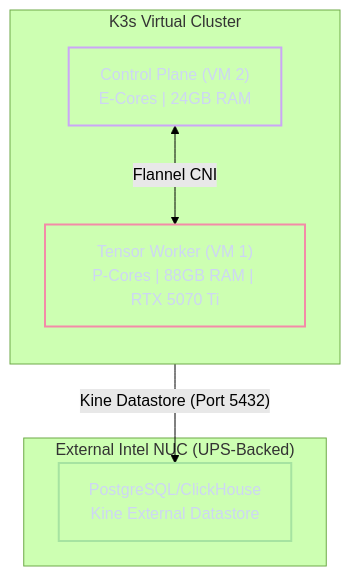
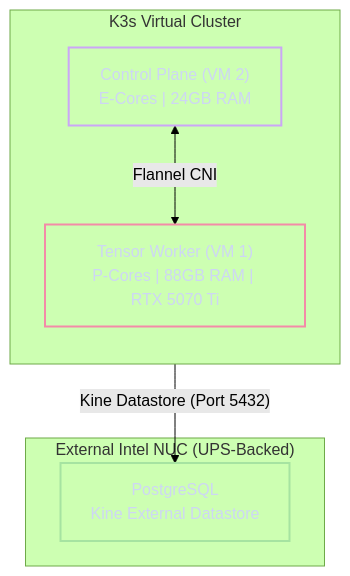
One commit to foersben/janus-synapse-edge changed the diagram in docs/04. Virtualization & Kubernetes (Talos + K3s).md. Above: the diagram before and after it, drawn with Mermaid (forest theme). The commit also changed other lines of this file and 9 other files, not shown here.

````diff
--- a/docs/04. Virtualization & Kubernetes (Talos + K3s).md
+++ b/docs/04. Virtualization & Kubernetes (Talos + K3s).md
@@ -88,21 +88,21 @@
 ```mermaid
 flowchart TD
     %% Kubernetes Cluster Topology
     classDef control fill:transparent,stroke:#cba6f7,stroke-width:2px,color:#cdd6f4
     classDef tensor fill:transparent,stroke:#f38ba8,stroke-width:2px,color:#cdd6f4
     classDef ext fill:transparent,stroke:#a6e3a1,stroke-width:2px,color:#cdd6f4
 
     subgraph K3s_Cluster["K3s Virtual Cluster"]
         direction TB
         CP["Control Plane (VM 2)<br/>E-Cores | 24GB RAM"]:::control
         Worker["Tensor Worker (VM 1)<br/>P-Cores | 88GB RAM | RTX 5070 Ti"]:::tensor
 
         CP <-->|"Flannel CNI"| Worker
     end
 
     subgraph External_NUC["External Intel NUC (UPS-Backed)"]
-        DB["PostgreSQL/ClickHouse<br/>Kine External Datastore"]:::ext
+        DB["PostgreSQL<br/>Kine External Datastore"]:::ext
     end
 
     CP -- "Kine Datastore (Port 5432)" --> DB
 ```
````
